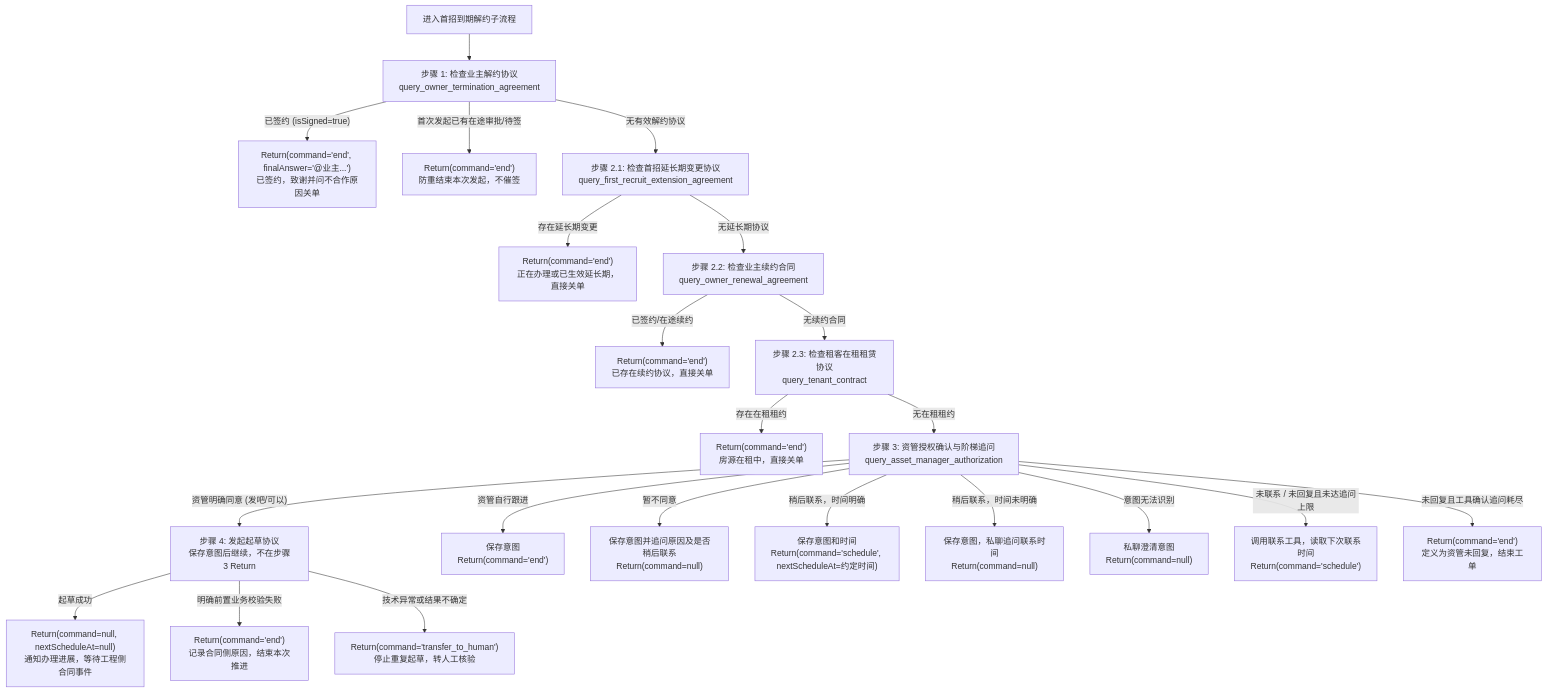
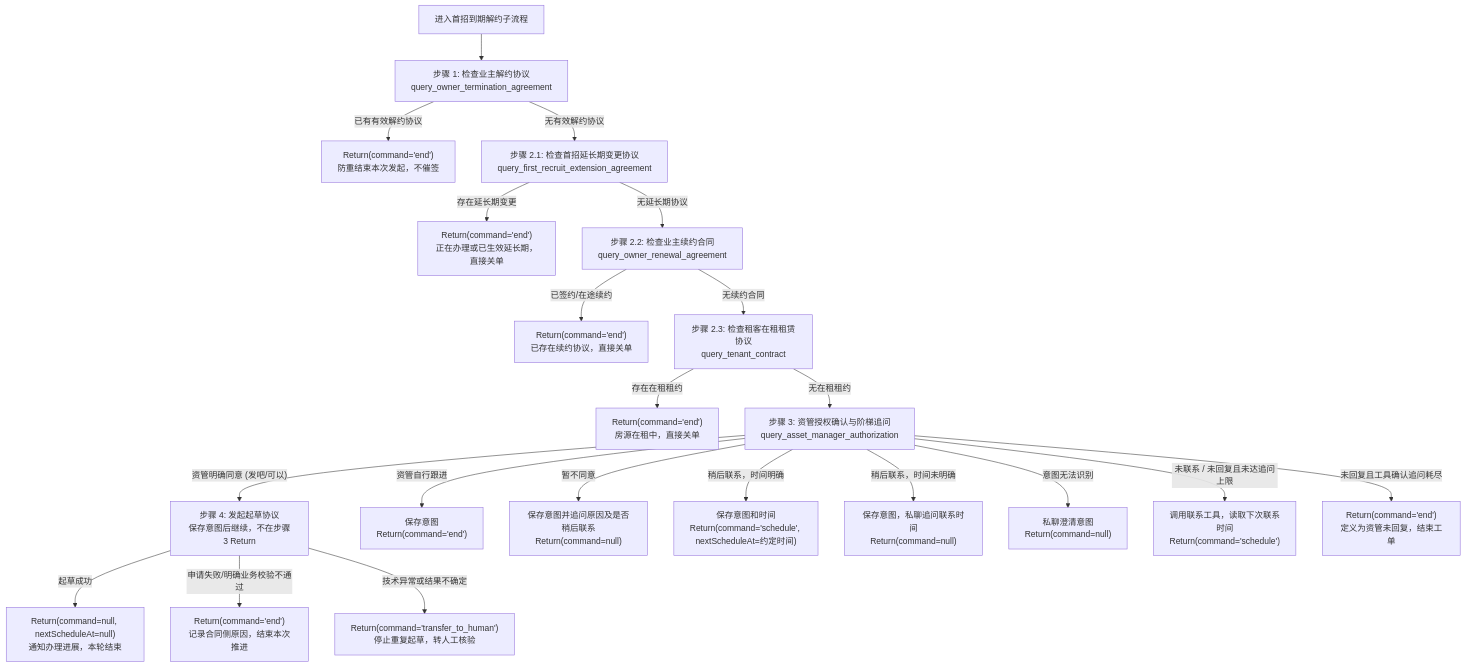
The diagram in skill/references/first-recruit-termination.md (edisonLzy/sss-agent), drawn with Mermaid before and after one commit. The commit also changed other lines of this file and 5 other files, not shown here.

````diff
--- a/skill/references/first-recruit-termination.md
+++ b/skill/references/first-recruit-termination.md
@@ -34,30 +33,29 @@
 ```mermaid
 flowchart TD
     Start["进入首招到期解约子流程"] --> Step1["步骤 1: 检查业主解约协议<br/>query_owner_termination_agreement"]
     
-    Step1 -->|"已签约 (isSigned=true)"| EndSigned["Return(command='end', finalAnswer='@业主...')<br/>已签约，致谢并问不合作原因关单"]
-    Step1 -->|"首次发起已有在途审批/待签"| EndDrafting["Return(command='end')<br/>防重结束本次发起，不催签"]
+    Step1 -->|"已有有效解约协议"| EndDrafting["Return(command='end')<br/>防重结束本次发起，不催签"]
     Step1 -->|"无有效解约协议"| Step2_1["步骤 2.1: 检查首招延长期变更协议<br/>query_first_recruit_extension_agreement"]
     
     Step2_1 -->|"存在延长期变更"| EndExtension["Return(command='end')<br/>正在办理或已生效延长期，直接关单"]
     Step2_1 -->|"无延长期协议"| Step2_2["步骤 2.2: 检查业主续约合同<br/>query_owner_renewal_agreement"]
     
     Step2_2 -->|"已签约/在途续约"| EndRenewal["Return(command='end')<br/>已存在续约协议，直接关单"]
     Step2_2 -->|"无续约合同"| Step2_3["步骤 2.3: 检查租客在租租赁协议<br/>query_tenant_contract"]
     
     Step2_3 -->|"存在在租租约"| EndTenant["Return(command='end')<br/>房源在租中，直接关单"]
     Step2_3 -->|"无在租租约"| Step3["步骤 3: 资管授权确认与阶梯追问<br/>query_asset_manager_authorization"]
     
     Step3 -->|"资管明确同意 (发吧/可以)"| Step4["步骤 4: 发起起草协议<br/>保存意图后继续，不在步骤3 Return"]
     Step3 -->|"资管自行跟进"| EndAMFollow["保存意图<br/>Return(command='end')"]
     Step3 -->|"暂不同意"| AMRefuse["保存意图并追问原因及是否稍后联系<br/>Return(command=null)"]
     Step3 -->|"稍后联系，时间明确"| LaterSchedule["保存意图和时间<br/>Return(command='schedule', nextScheduleAt=约定时间)"]
     Step3 -->|"稍后联系，时间未明确"| AskTime["保存意图，私聊追问联系时间<br/>Return(command=null)"]
     Step3 -->|"意图无法识别"| Clarify["私聊澄清意图<br/>Return(command=null)"]
     Step3 -->|"未联系 / 未回复且未达追问上限"| AMSchedule["调用联系工具，读取下次联系时间<br/>Return(command='schedule')"]
     Step3 -->|"未回复且工具确认追问耗尽"| AMTimeout["Return(command='end')<br/>定义为资管未回复，结束工单"]
     
-    Step4 -->|"起草成功"| DraftSuccess["Return(command=null, nextScheduleAt=null)<br/>通知办理进展，等待工程侧合同事件"]
-    Step4 -->|"明确前置业务校验失败"| DraftBlocked["Return(command='end')<br/>记录合同侧原因，结束本次推进"]
+    Step4 -->|"起草成功"| DraftSuccess["Return(command=null, nextScheduleAt=null)<br/>通知办理进展，本轮结束"]
+    Step4 -->|"申请失败/明确业务校验不通过"| DraftBlocked["Return(command='end')<br/>记录合同侧原因，结束本次推进"]
     Step4 -->|"技术异常或结果不确定"| DraftError["Return(command='transfer_to_human')<br/>停止重复起草，转人工核验"]
 ```
````
